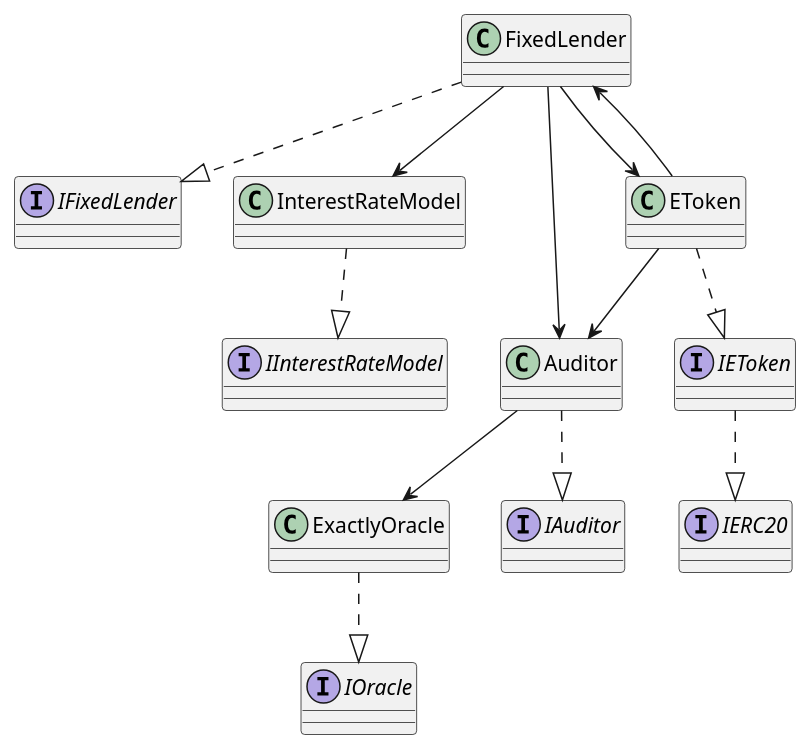
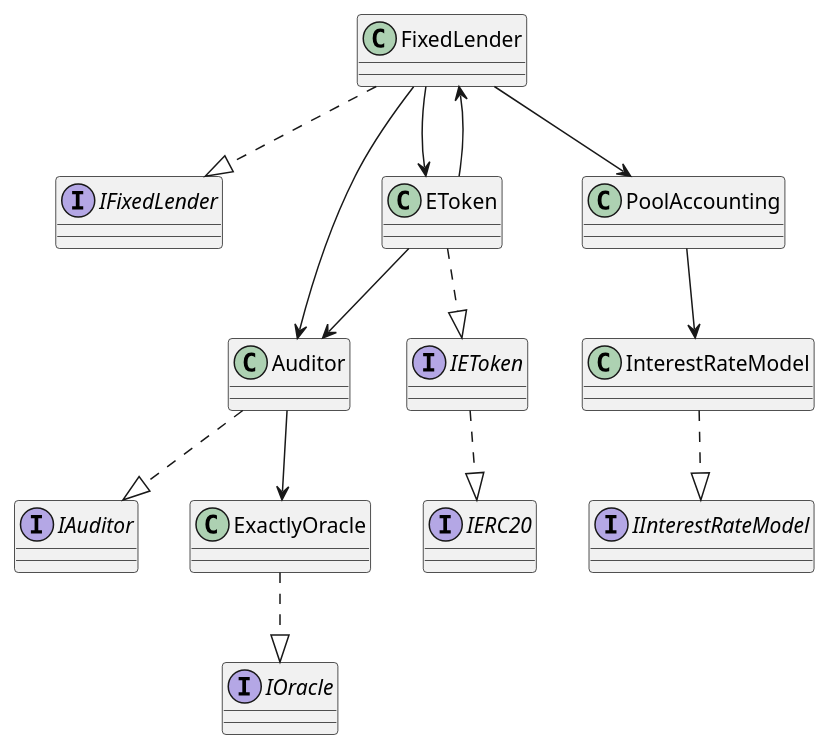
Before and after one commit to exactly/protocol: the diagram in docs/architecture-diagram.rst, drawn with PlantUML. The commit also changed other lines of this file, not shown here.

```diff
--- a/docs/architecture-diagram.rst
+++ b/docs/architecture-diagram.rst
@@ -5,39 +5,40 @@
 .. uml::
 
     @startuml
 
     interface IAuditor {
     }
     interface IFixedLender {
     }
     interface IInterestRateModel {
     }
     interface IEToken {
     }
     interface IERC20 {
     }
     interface IOracle {
     }
     class Auditor {
     }
     class FixedLender {
     }
     class InterestRateModel {
     }
     class EToken {
     }
 
     Auditor ..|> IAuditor
     EToken ..|> IEToken
     InterestRateModel ..|> IInterestRateModel
     ExactlyOracle ..|> IOracle
     IEToken ..|> IERC20
     FixedLender ..|> IFixedLender
     FixedLender --> Auditor
-    FixedLender --> InterestRateModel
     FixedLender --> EToken
+    FixedLender --> PoolAccounting
     EToken --> FixedLender
     EToken --> Auditor
     Auditor --> ExactlyOracle
+    PoolAccounting --> InterestRateModel
 
     @enduml
```
